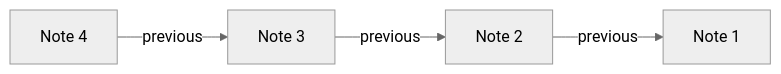
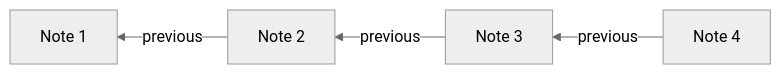
The first of 2 diagrams in README.ja.md (ongaeshi/obsidian-previous-river), drawn with Mermaid (neutral theme) before and after one commit. The commit also changed 1 other file, not shown here.

Commit message:
docs: Change mermaid layout to right-to-left for sequential notes

````diff
--- a/README.ja.md
+++ b/README.ja.md
@@ -25,6 +25,6 @@
 ```mermaid
-flowchart LR
+flowchart RL
     B[Note 2] -- previous --> A[Note 1]
     C[Note 3] -- previous --> B[Note 2]
     D[Note 4] -- previous --> C[Note 3]
 ```
````
